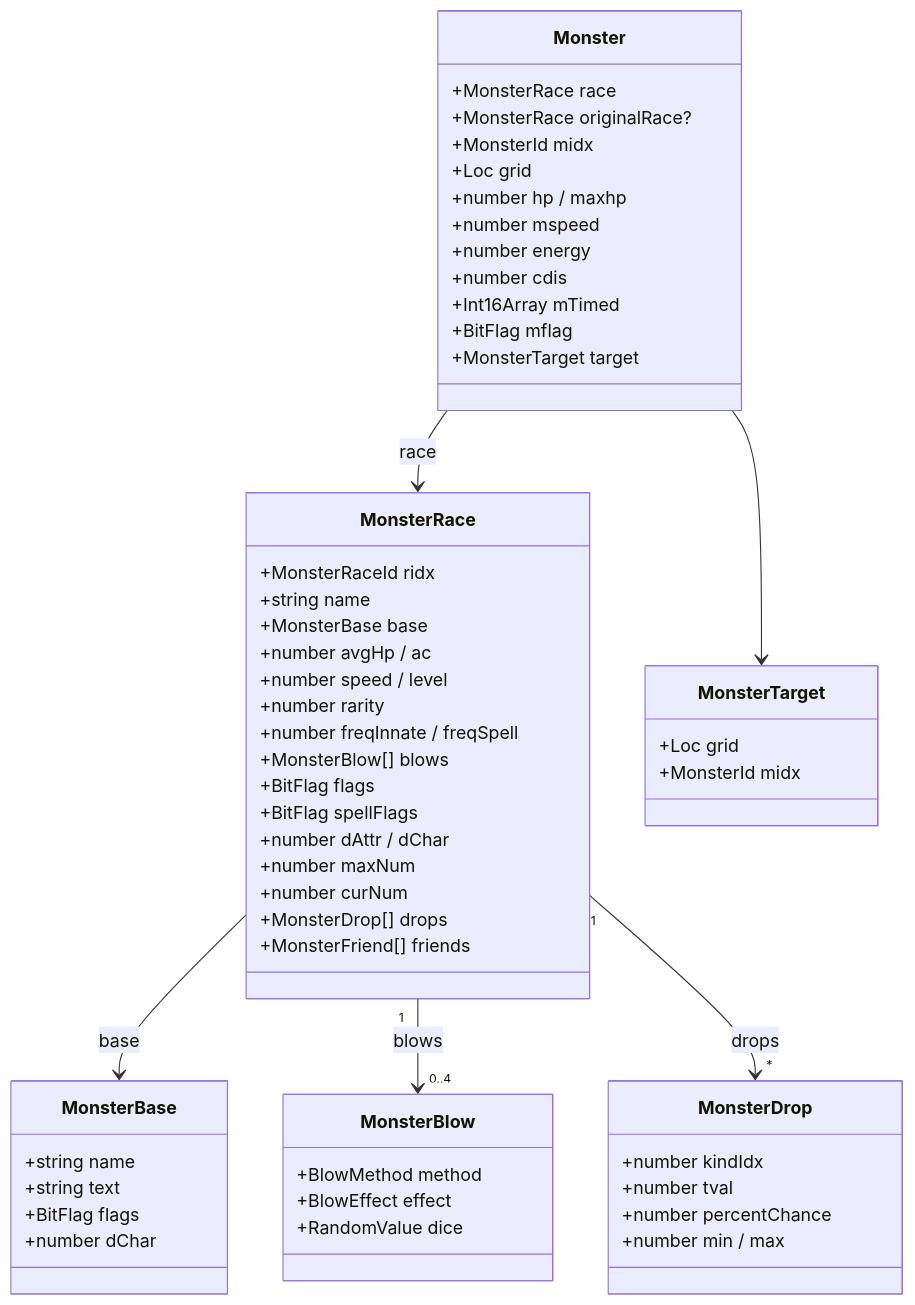
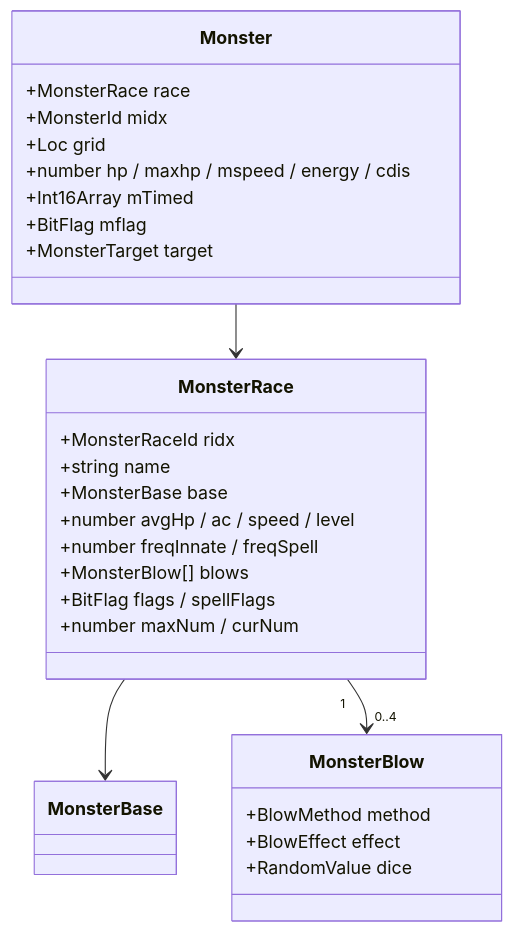
Before and after one commit to yuukiishikawa/angband-ts: the third of 8 diagrams in ARCHITECTURE.md, drawn with Mermaid. The commit also changed other lines of this file and 5 other files, not shown here.

First line of the commit message:
docs: rewrite architecture to match current codebase, remove legacy docs

````diff
--- a/ARCHITECTURE.md
+++ b/ARCHITECTURE.md
@@ -119,67 +189,35 @@
 ```mermaid
 classDiagram
     direction TB
 
     class Monster {
         +MonsterRace race
-        +MonsterRace originalRace?
         +MonsterId midx
         +Loc grid
-        +number hp / maxhp
-        +number mspeed
-        +number energy
-        +number cdis
+        +number hp / maxhp / mspeed / energy / cdis
         +Int16Array mTimed
         +BitFlag mflag
         +MonsterTarget target
     }
 
     class MonsterRace {
         +MonsterRaceId ridx
         +string name
         +MonsterBase base
-        +number avgHp / ac
-        +number speed / level
-        +number rarity
+        +number avgHp / ac / speed / level
         +number freqInnate / freqSpell
         +MonsterBlow[] blows
-        +BitFlag flags
-        +BitFlag spellFlags
-        +number dAttr / dChar
-        +number maxNum
-        +number curNum
-        +MonsterDrop[] drops
-        +MonsterFriend[] friends
-    }
-
-    class MonsterBase {
-        +string name
-        +string text
-        +BitFlag flags
-        +number dChar
+        +BitFlag flags / spellFlags
+        +number maxNum / curNum
     }
 
     class MonsterBlow {
         +BlowMethod method
         +BlowEffect effect
         +RandomValue dice
     }
 
-    class MonsterDrop {
-        +number kindIdx
-        +number tval
-        +number percentChance
-        +number min / max
-    }
-
-    class MonsterTarget {
-        +Loc grid
-        +MonsterId midx
-    }
-
-    Monster --> MonsterRace : race
-    Monster --> MonsterTarget
-    MonsterRace --> MonsterBase : base
-    MonsterRace "1" --> "0..4" MonsterBlow : blows
-    MonsterRace "1" --> "*" MonsterDrop : drops
+    Monster --> MonsterRace
+    MonsterRace --> MonsterBase
+    MonsterRace "1" --> "0..4" MonsterBlow
 ```
````
